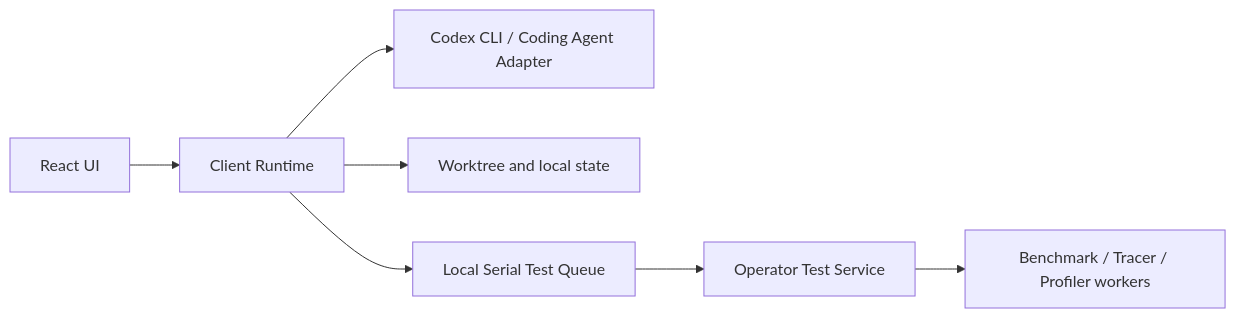
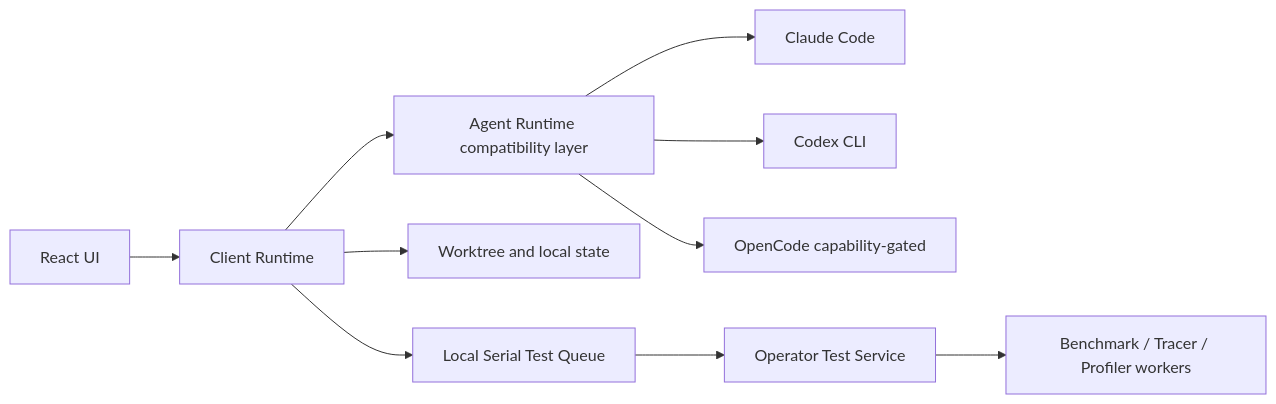
The diagram in README.md (Teeeio/Acagemm), drawn with Mermaid before and after one commit. The commit also changed other lines of this file and 70 other files, not shown here.

Commit message:
feat(tui): harden runtime compatibility and c550 workflow

````diff
--- a/README.md
+++ b/README.md
@@ -9,9 +9,12 @@
 ```mermaid
 flowchart LR
   UI[React UI] --> CR[Client Runtime]
-  CR --> AGENT[Codex CLI / Coding Agent Adapter]
+  CR --> AGENT[Agent Runtime compatibility layer]
+  AGENT --> CLAUDE[Claude Code]
+  AGENT --> CODEX[Codex CLI]
+  AGENT --> OPENCODE[OpenCode capability-gated]
   CR --> WS[Worktree and local state]
   CR --> QUEUE[Local Serial Test Queue]
   QUEUE --> TS[Operator Test Service]
   TS --> WORKER[Benchmark / Tracer / Profiler workers]
 ```
````
